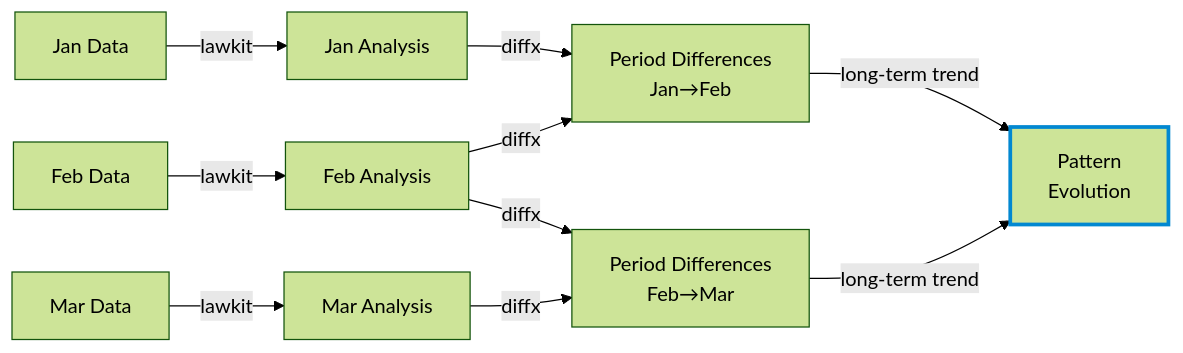
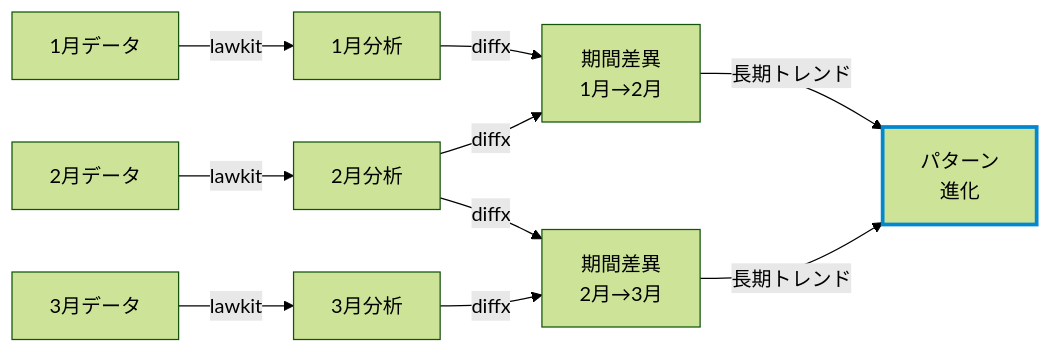
One commit to kako-jun/lawkit changed the third of 3 diagrams in README.md. Above: the diagram before and after it, drawn with Mermaid (forest theme). The commit also changed other lines of this file and 101 other files, not shown here.

````diff
--- a/README.md
+++ b/README.md
@@ -460,16 +457,16 @@
 ```mermaid
 graph LR
-    A[Jan Data] -->|lawkit| B[Jan Analysis]
-    C[Feb Data] -->|lawkit| D[Feb Analysis]
-    E[Mar Data] -->|lawkit| F[Mar Analysis]
+    A[1月データ] -->|lawkit| B[1月分析]
+    C[2月データ] -->|lawkit| D[2月分析]
+    E[3月データ] -->|lawkit| F[3月分析]
     
-    B -->|diffx| G[Period Differences<br/>Jan→Feb]
+    B -->|diffx| G[期間差異<br/>1月→2月]
     D -->|diffx| G
-    D -->|diffx| H[Period Differences<br/>Feb→Mar]
+    D -->|diffx| H[期間差異<br/>2月→3月]
     F -->|diffx| H
     
-    G -->|long-term trend| I[Pattern<br/>Evolution]
-    H -->|long-term trend| I
+    G -->|長期トレンド| I[パターン<br/>進化]
+    H -->|長期トレンド| I
     
     style I stroke:#0288d1,stroke-width:3px
 ```
````
